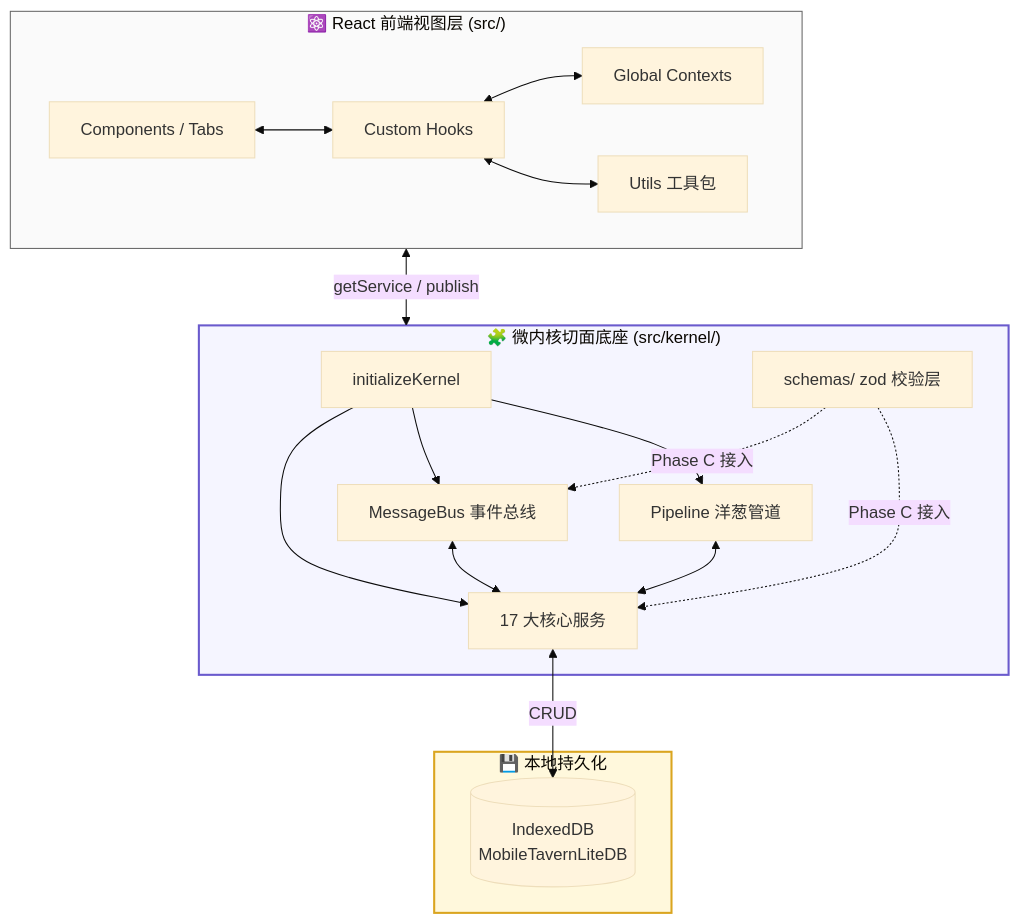
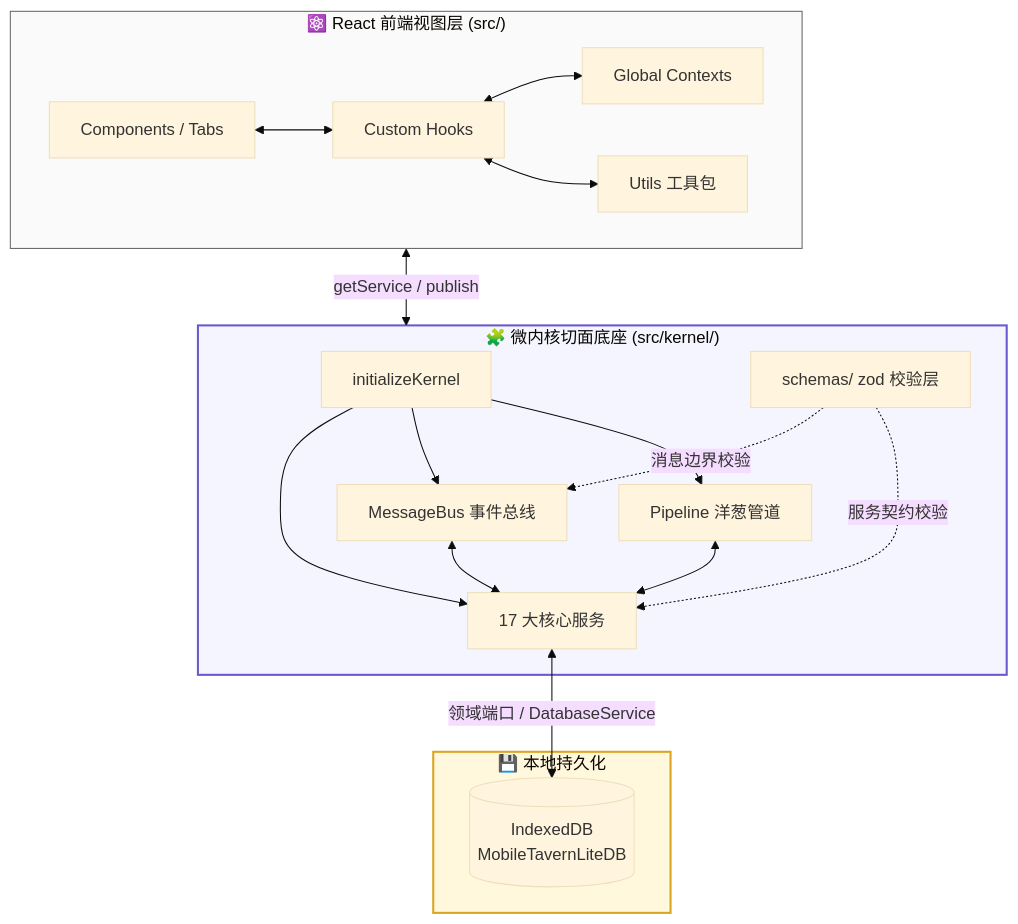
Before and after one commit to zhengjie1399677/Mobile-Tavern: the second of 7 diagrams in TECHNICAL.md, drawn with Mermaid (base theme). The commit also changed other lines of this file and 65 other files, not shown here.

Commit message:
Refactor application architecture and streamline implementation

````diff
--- a/TECHNICAL.md
+++ b/TECHNICAL.md
@@ -149,38 +162,38 @@
 ```mermaid
 graph TB
     subgraph ReactLayer["⚛️ React 前端视图层 (src/)"]
         UI["Components / Tabs"]
         Hooks["Custom Hooks"]
         Contexts["Global Contexts"]
         Utils["Utils 工具包"]
         UI <--> Hooks
         Hooks <--> Contexts
         Hooks <--> Utils
     end
 
     subgraph KernelLayer["🧩 微内核切面底座 (src/kernel/)"]
         Entry["initializeKernel"]
         Schemas["schemas/ zod 校验层"]
         Pipeline["Pipeline 洋葱管道"]
         Bus["MessageBus 事件总线"]
         Services["17 大核心服务"]
         Entry --> Pipeline
         Entry --> Bus
         Entry --> Services
-        Schemas -.->|"Phase C 接入"| Services
-        Schemas -.->|"Phase C 接入"| Bus
+        Schemas -.->|"服务契约校验"| Services
+        Schemas -.->|"消息边界校验"| Bus
         Pipeline <--> Services
         Bus <--> Services
     end
 
     subgraph StorageLayer["💾 本地持久化"]
         DB[("IndexedDB<br/>MobileTavernLiteDB")]
     end
 
     ReactLayer <-->|"getService / publish"| KernelLayer
-    Services <-->|"CRUD"| DB
+    Services <-->|"领域端口 / DatabaseService"| DB
 
     style ReactLayer fill:#fafafa,stroke:#666,stroke-width:1px
     style KernelLayer fill:#f5f5ff,stroke:#6a5acd,stroke-width:2px
     style StorageLayer fill:#fff8dc,stroke:#daa520,stroke-width:2px
 ```
````
